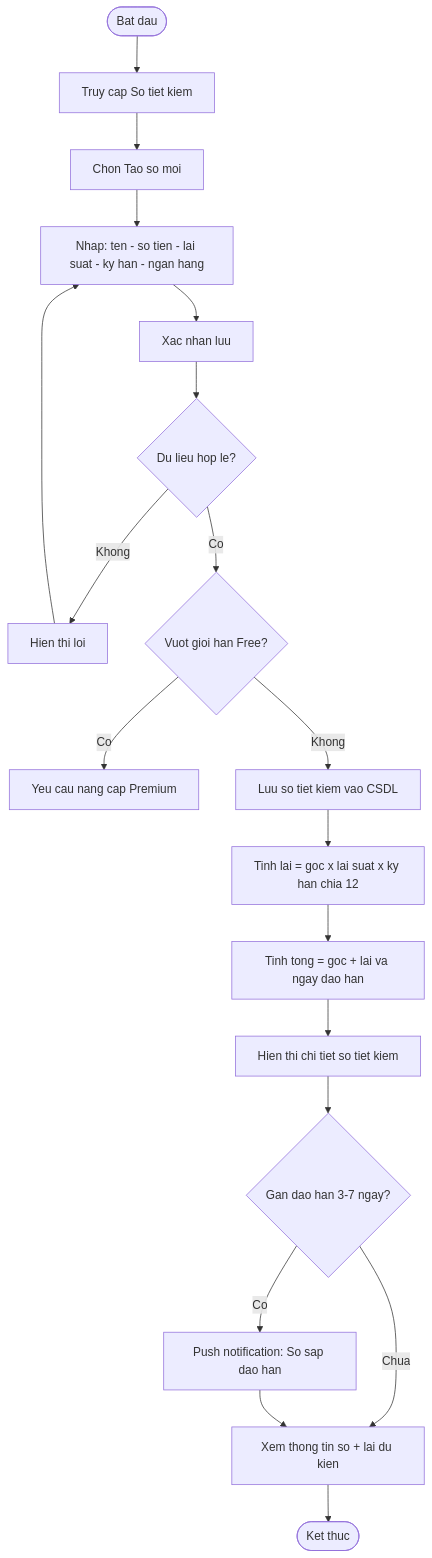
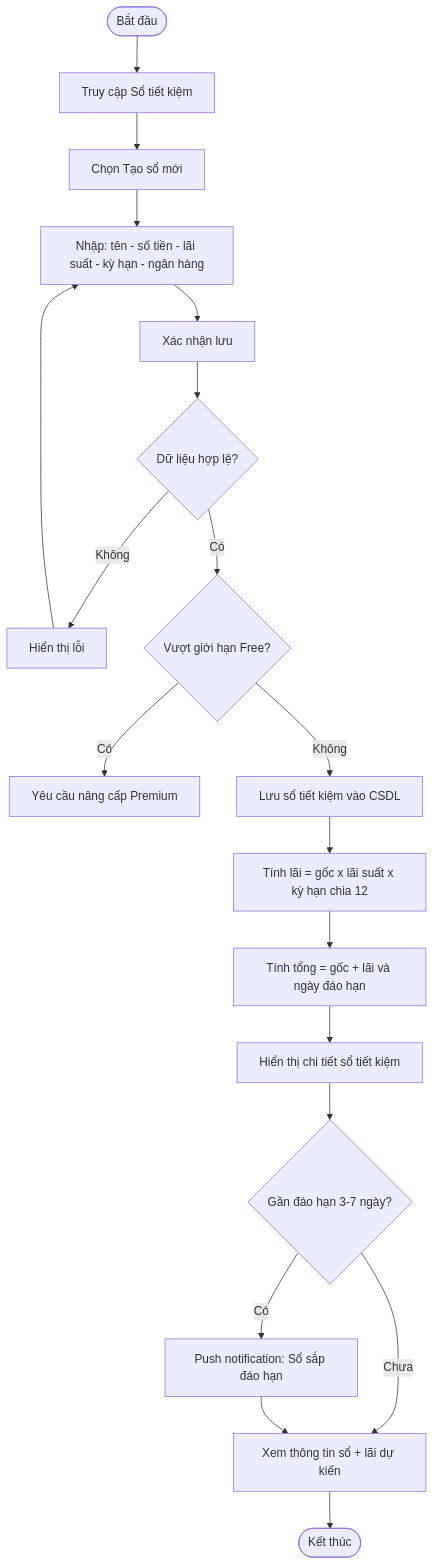
Before and after one commit to Hieu-vn/Graduation-Thesis: the eighth of 10 diagrams in Nghiên cứu MISA MoneyKeeper.md, drawn with Mermaid. The commit also changed other lines of this file, not shown here.

````diff
--- a/Nghiên cứu MISA MoneyKeeper.md
+++ b/Nghiên cứu MISA MoneyKeeper.md
@@ -248,20 +248,20 @@
 ```mermaid
 flowchart TD
-    A([Bat dau]) --> B[Truy cap So tiet kiem]
-    B --> C[Chon Tao so moi]
-    C --> D[Nhap: ten - so tien - lai suat - ky han - ngan hang]
-    D --> E[Xac nhan luu]
-    E --> F{Du lieu hop le?}
-    F -->|Khong| F2[Hien thi loi] --> D
-    F -->|Co| G{Vuot gioi han Free?}
-    G -->|Co| G2[Yeu cau nang cap Premium]
-    G -->|Khong| H[Luu so tiet kiem vao CSDL]
-    H --> I[Tinh lai = goc x lai suat x ky han chia 12]
-    I --> I2[Tinh tong = goc + lai va ngay dao han]
-    I2 --> I3[Hien thi chi tiet so tiet kiem]
-    I3 --> J{Gan dao han 3-7 ngay?}
-    J -->|Co| J2[Push notification: So sap dao han]
-    J -->|Chua| K[Xem thong tin so + lai du kien]
+    A([Bắt đầu]) --> B[Truy cập Sổ tiết kiệm]
+    B --> C[Chọn Tạo sổ mới]
+    C --> D[Nhập: tên - số tiền - lãi suất - kỳ hạn - ngân hàng]
+    D --> E[Xác nhận lưu]
+    E --> F{Dữ liệu hợp lệ?}
+    F -->|Không| F2[Hiển thị lỗi] --> D
+    F -->|Có| G{Vượt giới hạn Free?}
+    G -->|Có| G2[Yêu cầu nâng cấp Premium]
+    G -->|Không| H[Lưu sổ tiết kiệm vào CSDL]
+    H --> I[Tính lãi = gốc x lãi suất x kỳ hạn chia 12]
+    I --> I2[Tính tổng = gốc + lãi và ngày đáo hạn]
+    I2 --> I3[Hiển thị chi tiết sổ tiết kiệm]
+    I3 --> J{Gần đáo hạn 3-7 ngày?}
+    J -->|Có| J2[Push notification: Sổ sắp đáo hạn]
+    J -->|Chưa| K[Xem thông tin sổ + lãi dự kiến]
     J2 --> K
-    K --> L([Ket thuc])
+    K --> L([Kết thúc])
 ```
````
